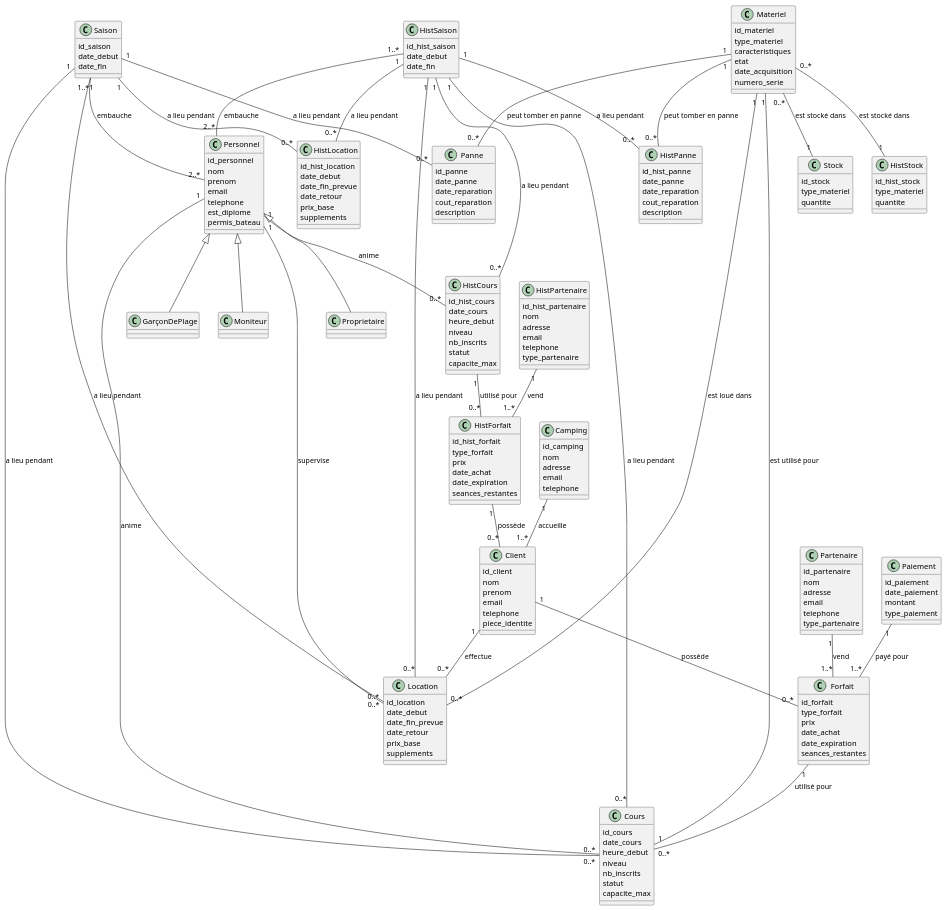
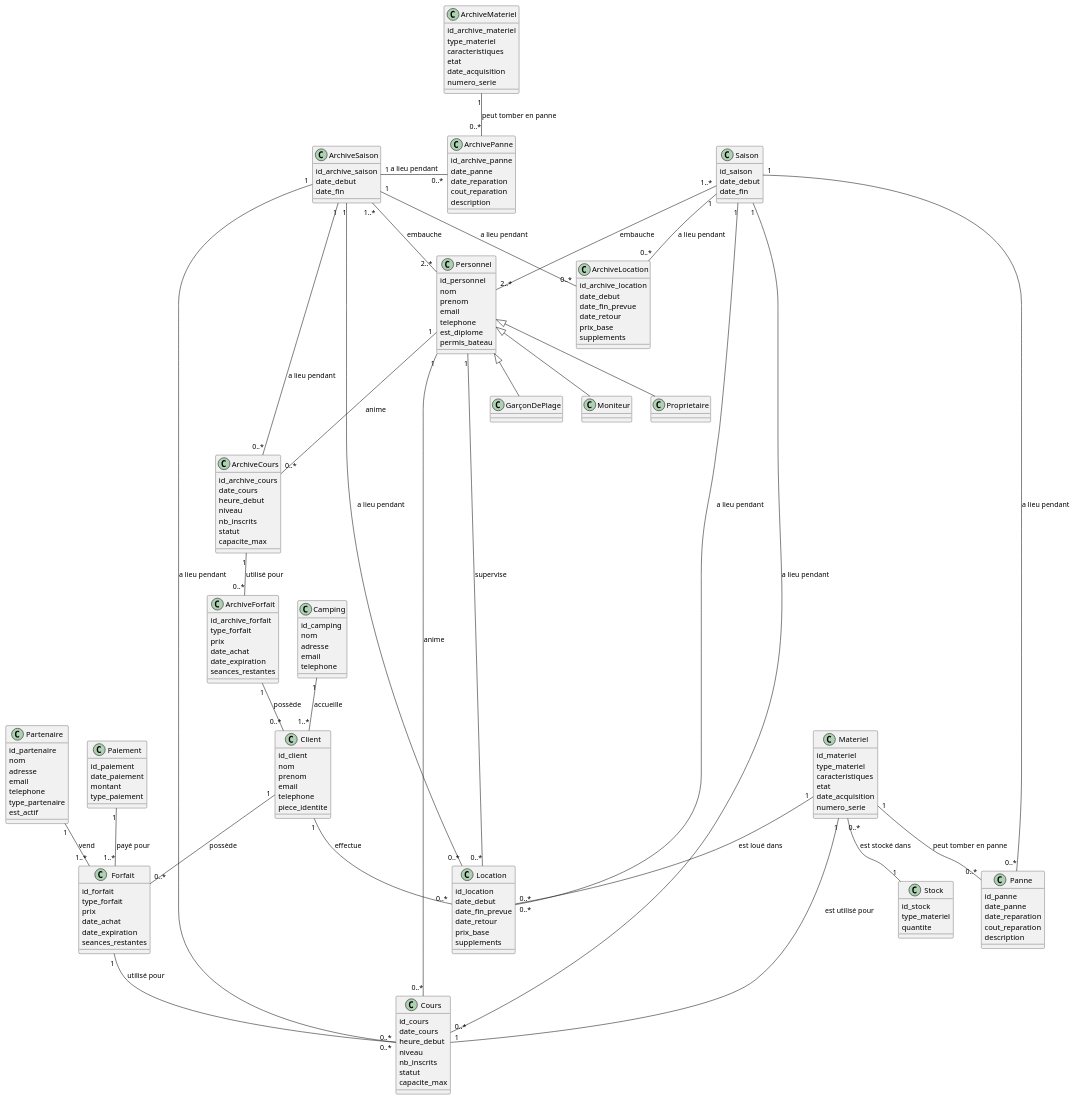
The diagram in docs/1-analysis/generalDesignClassDiagram.puml (Hugo-COLLIN/MIAGE_CSI_NauticalClub), drawn with PlantUML before and after one commit.

Commit message:
docs: after checking Archives

```diff
--- a/docs/1-analysis/generalDesignClassDiagram.puml
+++ b/docs/1-analysis/generalDesignClassDiagram.puml
@@ -1,198 +1,191 @@
 @startuml
     class Personnel {
         id_personnel
         nom
         prenom
         email
         telephone
         est_diplome
         permis_bateau
     }
 
     class GarçonDePlage extends Personnel {
     }
 
     class Moniteur extends Personnel {
     }
 
     class Proprietaire extends Personnel {
     }
 
     class Saison {
         id_saison
         date_debut
         date_fin
     }
 
-    class HistSaison {
-        id_hist_saison
+    class ArchiveSaison {
+        id_archive_saison
         date_debut
         date_fin
     }
 
     class Client {
         id_client
         nom
         prenom
         email
         telephone
         piece_identite
     }
 
     class Materiel {
         id_materiel
         type_materiel
         caracteristiques
         etat
         date_acquisition
         numero_serie
     }
 
+    class ArchiveMateriel {
+        id_archive_materiel
+        type_materiel
+        caracteristiques
+        etat
+        date_acquisition
+        numero_serie
+    }
+
     class Forfait {
         id_forfait
+        type_forfait
+        prix
+        date_achat
+        date_expiration
+        seances_restantes
+    }
+
+    class ArchiveForfait {
+        id_archive_forfait
         type_forfait
         prix
         date_achat
         date_expiration
         seances_restantes
     }
 
     class Partenaire {
         id_partenaire
         nom
         adresse
         email
         telephone
         type_partenaire
-    }
-
-    class HistPartenaire {
-        id_hist_partenaire
-        nom
-        adresse
-        email
-        telephone
-        type_partenaire
+        est_actif
     }
 
     class Camping {
         id_camping
         nom
         adresse
         email
         telephone
-    }
-
-    class HistForfait {
-        id_hist_forfait
-        type_forfait
-        prix
-        date_achat
-        date_expiration
-        seances_restantes
     }
 
     class Cours {
         id_cours
         date_cours
         heure_debut
         niveau
         nb_inscrits
         statut
         capacite_max
     }
 
-    class HistCours {
-        id_hist_cours
+    class ArchiveCours {
+        id_archive_cours
         date_cours
         heure_debut
         niveau
         nb_inscrits
         statut
         capacite_max
     }
 
     class Location {
         id_location
         date_debut
         date_fin_prevue
         date_retour
         prix_base
         supplements
     }
 
-    class HistLocation {
-        id_hist_location
+    class ArchiveLocation {
+        id_archive_location
         date_debut
         date_fin_prevue
         date_retour
         prix_base
         supplements
     }
 
     class Panne {
         id_panne
         date_panne
         date_reparation
         cout_reparation
         description
     }
 
-    class HistPanne {
-        id_hist_panne
+    class ArchivePanne {
+        id_archive_panne
         date_panne
         date_reparation
         cout_reparation
         description
     }
 
     class Stock {
         id_stock
-        type_materiel
-        quantite
-    }
-
-    class HistStock {
-        id_hist_stock
         type_materiel
         quantite
     }
 
     class Paiement {
         id_paiement
         date_paiement
         montant
         type_paiement
     }
 
     Client "1" -- "0..*" Forfait: possède
     Client "1" -- "0..*" Location: effectue
     Personnel "1" -- "0..*" Cours: anime
     Materiel "1" -- "0..*" Location: est loué dans
     Forfait "1" -- "0..*" Cours: utilisé pour
     Personnel "1" -- "0..*" Location: supervise
     Materiel "1" -- "0..*" Panne: peut tomber en panne
-    Materiel "1" -- "0..*" HistPanne: peut tomber en panne
+    ArchiveMateriel "1" -- "0..*" ArchivePanne: peut tomber en panne
     Materiel "0..*" -- "1" Stock: est stocké dans
-    Materiel "0..*" -- "1" HistStock: est stocké dans
-    HistCours "1" -- "0..*" HistForfait: utilisé pour
-    Personnel "1" -- "0..*" HistCours : anime
-    HistForfait "1" -- "0..*" Client: possède
+    ArchiveCours "1" -- "0..*" ArchiveForfait: utilisé pour
+    Personnel "1" --- "0..*" ArchiveCours : anime
+    ArchiveForfait "1" -- "0..*" Client: possède
     Partenaire "1" -- "1..*" Forfait: vend
-    HistPartenaire "1" -- "1..*" HistForfait: vend
     Camping "1" -- "1..*" Client: accueille
     Materiel "1" - "1" Cours: est utilisé pour
     Paiement "1" -- "1..*" Forfait: payé pour
     Saison "1..*" -- "2..*" Personnel: embauche
     Saison "1" -- "0..*" Cours: a lieu pendant
     Saison "1" -- "0..*" Location: a lieu pendant
     Saison "1" -- "0..*" Panne: a lieu pendant
-    Saison "1" -- "0..*" HistLocation: a lieu pendant
-    HistSaison "1..*" -- "2..*" Personnel: embauche
-    HistSaison "1" -- "0..*" Cours: a lieu pendant
-    HistSaison "1" -- "0..*" Location: a lieu pendant
-    HistSaison "1" -- "0..*" HistPanne: a lieu pendant
-    HistSaison "1" -- "0..*" HistCours: a lieu pendant
-    HistSaison "1" -- "0..*" HistLocation: a lieu pendant
+    Saison "1" -- "0..*" ArchiveLocation: a lieu pendant
+    ArchiveSaison "1..*" -- "2..*" Personnel: embauche
+    ArchiveSaison "1" -- "0..*" Cours: a lieu pendant
+    ArchiveSaison "1" -- "0..*" Location: a lieu pendant
+    ArchiveSaison "1" - "0..*" ArchivePanne: a lieu pendant
+    ArchiveSaison "1" -- "0..*" ArchiveCours: a lieu pendant
+    ArchiveSaison "1" -- "0..*" ArchiveLocation: a lieu pendant
 
 @enduml
```
